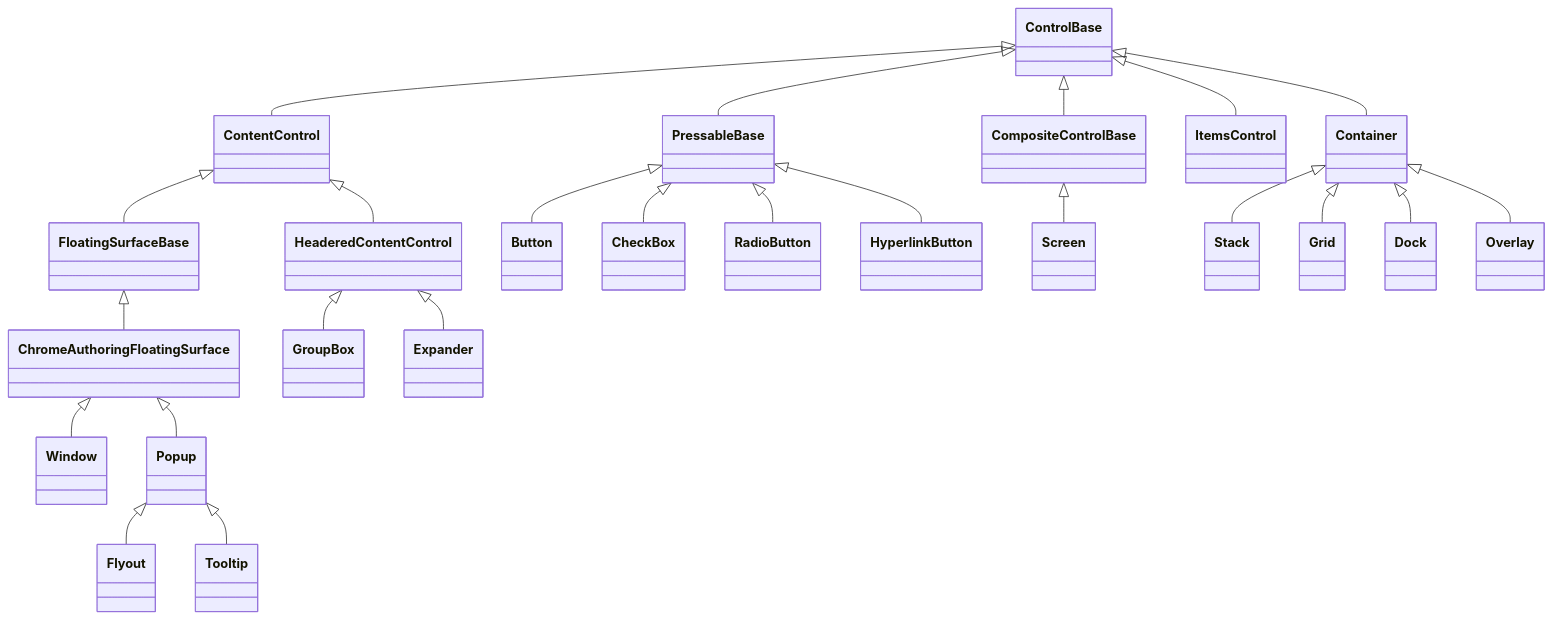
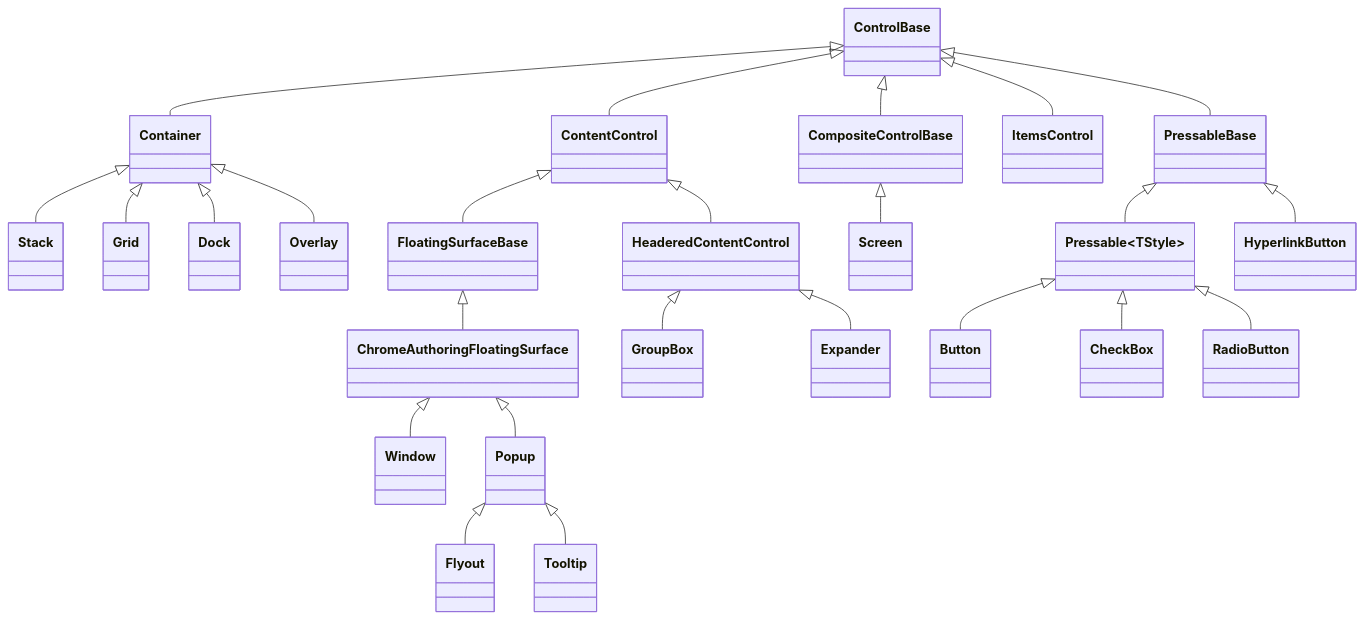
Before and after one commit to pavkam/sharp-vision: the diagram in docs/controls/index.md, drawn with Mermaid.

Commit message:
Route Button/CheckBox/RadioButton through Pressable<TStyle> in the diagram
Collapsing all four pressable controls onto PressableBase reintroduced
a wrong-parent edge for Button, CheckBox, and RadioButton, which
genuinely derive from Pressable<TStyle>, and erased the one
distinction the diagram exists to make: HyperlinkButton alone skips
the generic role class. Insert Pressable~TStyle~ between PressableBase
and those three controls, keeping HyperlinkButton direct.

````diff
--- a/docs/controls/index.md
+++ b/docs/controls/index.md
@@ -12,26 +12,27 @@
 ```mermaid
 classDiagram
     ControlBase <|-- Container
     ControlBase <|-- ContentControl
     ControlBase <|-- CompositeControlBase
     ControlBase <|-- ItemsControl
     ControlBase <|-- PressableBase
     ContentControl <|-- FloatingSurfaceBase
     ContentControl <|-- HeaderedContentControl
     FloatingSurfaceBase <|-- ChromeAuthoringFloatingSurface
     ChromeAuthoringFloatingSurface <|-- Window
     ChromeAuthoringFloatingSurface <|-- Popup
     Popup <|-- Flyout
     Popup <|-- Tooltip
-    PressableBase <|-- Button
-    PressableBase <|-- CheckBox
-    PressableBase <|-- RadioButton
+    PressableBase <|-- Pressable~TStyle~
+    Pressable~TStyle~ <|-- Button
+    Pressable~TStyle~ <|-- CheckBox
+    Pressable~TStyle~ <|-- RadioButton
     PressableBase <|-- HyperlinkButton
     HeaderedContentControl <|-- GroupBox
     HeaderedContentControl <|-- Expander
     CompositeControlBase <|-- Screen
     Container <|-- Stack
     Container <|-- Grid
     Container <|-- Dock
     Container <|-- Overlay
 ```
````
